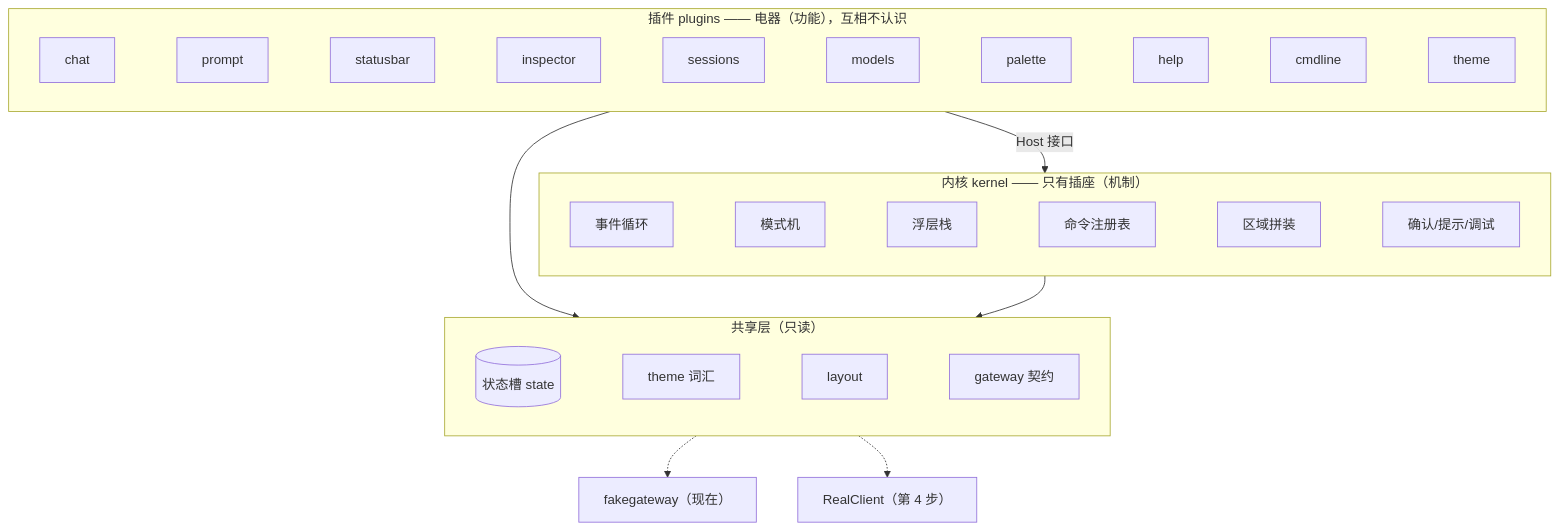
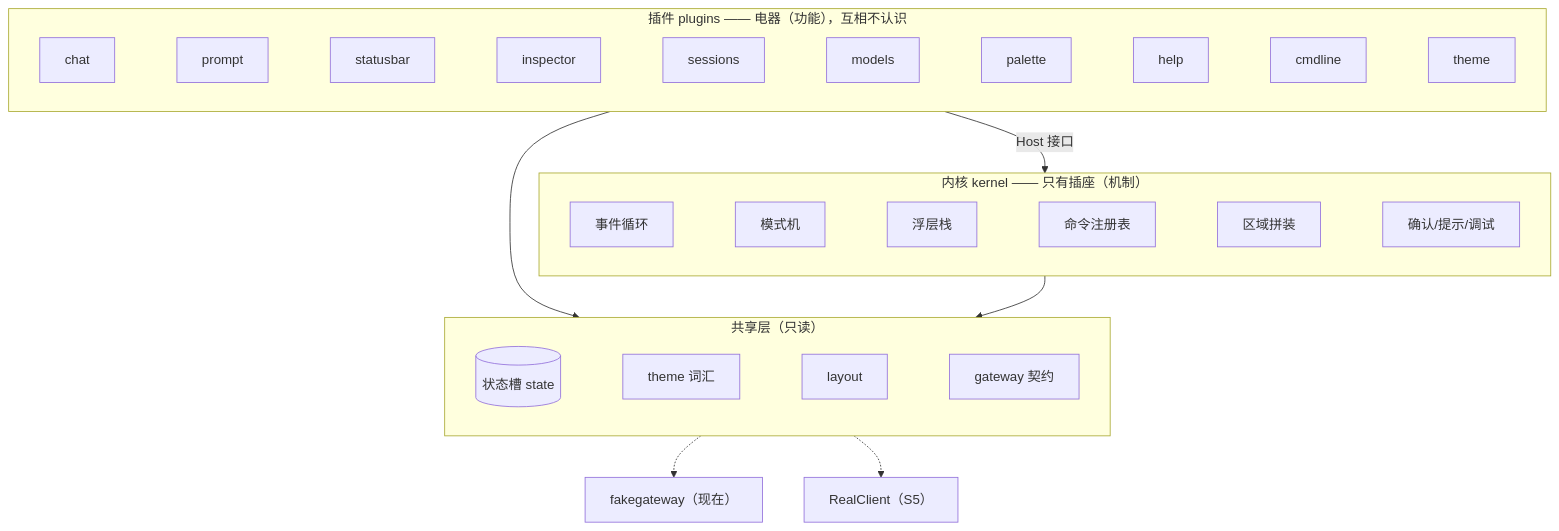
Before and after one commit to pionxe/neo-code: the diagram in docs/tui-v2/tui-v2-redesign-2026-09.md, drawn with Mermaid. The commit also changed other lines of this file, not shown here.

````diff
--- a/docs/tui-v2/tui-v2-redesign-2026-09.md
+++ b/docs/tui-v2/tui-v2-redesign-2026-09.md
@@ -27,20 +27,20 @@
 ```mermaid
 flowchart TB
     subgraph K["内核 kernel —— 只有插座（机制）"]
         direction LR
         K1["事件循环"] ~~~ K2["模式机"] ~~~ K3["浮层栈"] ~~~ K4["命令注册表"] ~~~ K5["区域拼装"] ~~~ K6["确认/提示/调试"]
     end
     subgraph P["插件 plugins —— 电器（功能），互相不认识"]
         direction LR
         P1["chat"] ~~~ P2["prompt"] ~~~ P3["statusbar"] ~~~ P4["inspector"] ~~~ P5["sessions"] ~~~ P6["models"] ~~~ P7["palette"] ~~~ P8["help"] ~~~ P9["cmdline"] ~~~ P10["theme"]
     end
     subgraph S["共享层（只读）"]
         direction LR
         S1[("状态槽 state")] ~~~ S2["theme 词汇"] ~~~ S3["layout"] ~~~ S4["gateway 契约"]
     end
     P -- "Host 接口" --> K
     P --> S
     K --> S
     S4 -.-> F["fakegateway（现在）"]
-    S4 -.-> R["RealClient（第 4 步）"]
+    S4 -.-> R["RealClient（S5）"]
 ```
````
